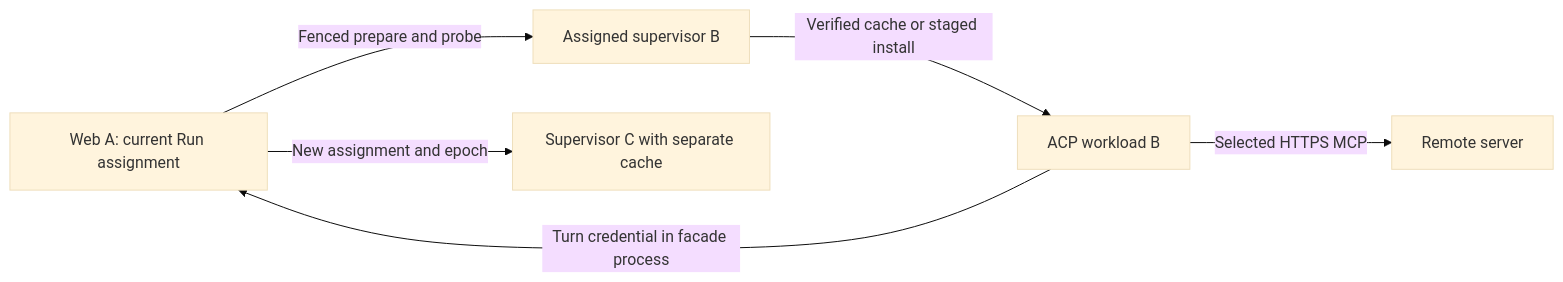
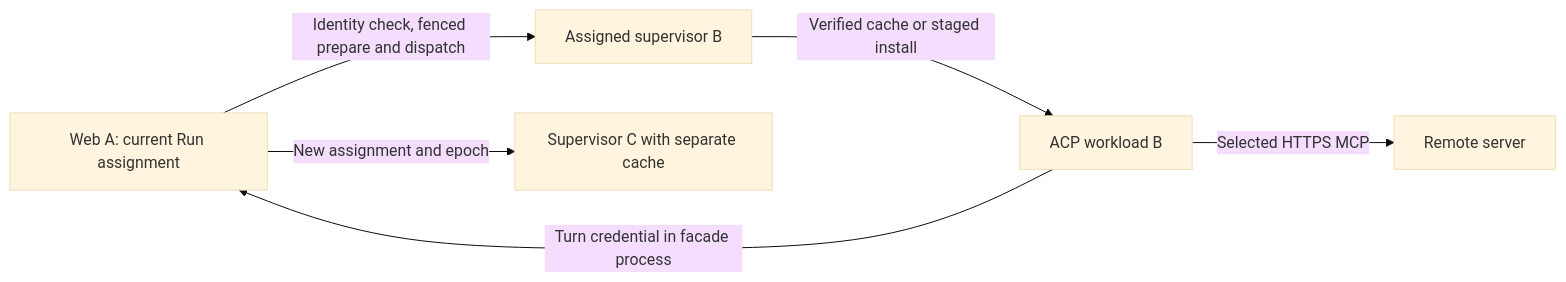
One commit to maister-dev/maister changed diagram 11 of 11 in docs/system-analytics/execution-hosts.md. Above: the diagram before and after it, drawn with Mermaid (base theme). The commit also changed other lines of this file and 47 other files, not shown here.

Commit message:
feat(supervisor): prepare selected MCP servers on the assigned host

````diff
--- a/docs/system-analytics/execution-hosts.md
+++ b/docs/system-analytics/execution-hosts.md
@@ -1345,8 +1345,8 @@
 ```mermaid
 flowchart LR
-  A[Web A: current Run assignment] -->|Fenced prepare and probe| B[Assigned supervisor B]
+  A[Web A: current Run assignment] -->|Identity check, fenced prepare and dispatch| B[Assigned supervisor B]
   B -->|Verified cache or staged install| W[ACP workload B]
   W -->|Selected HTTPS MCP| H[Remote server]
   W -->|Turn credential in facade process| A
   A -->|New assignment and epoch| C[Supervisor C with separate cache]
 ```
````
